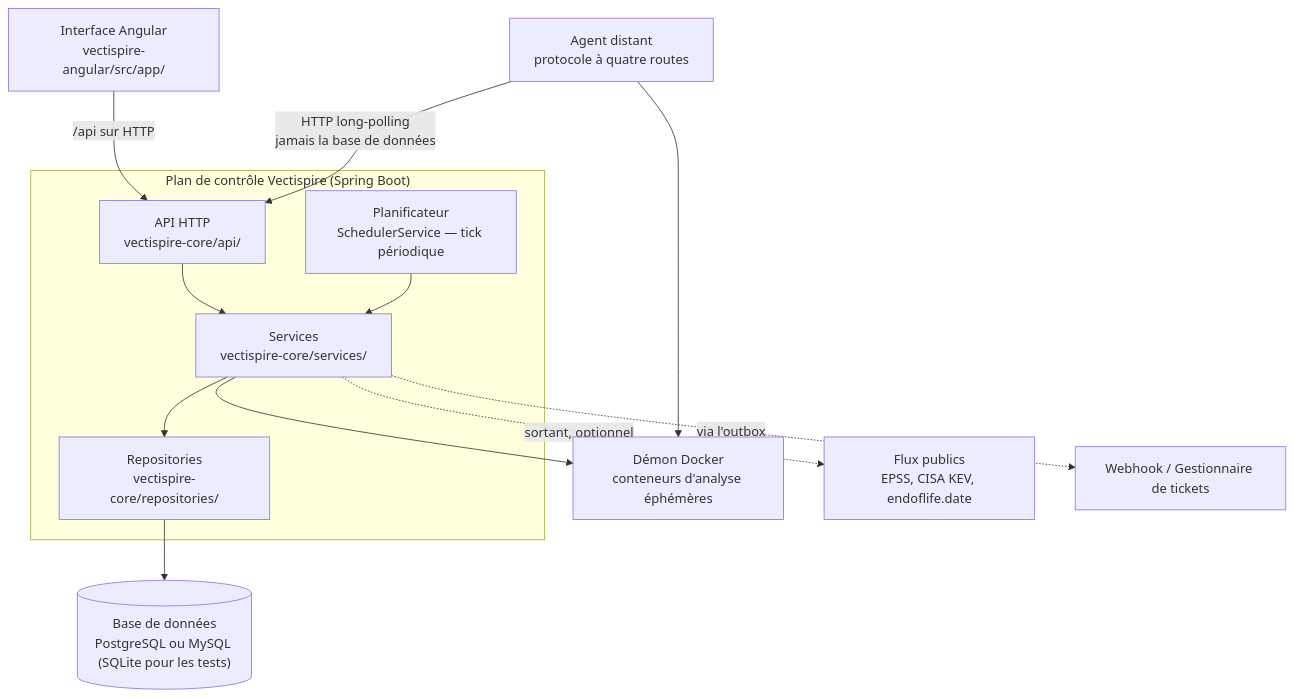
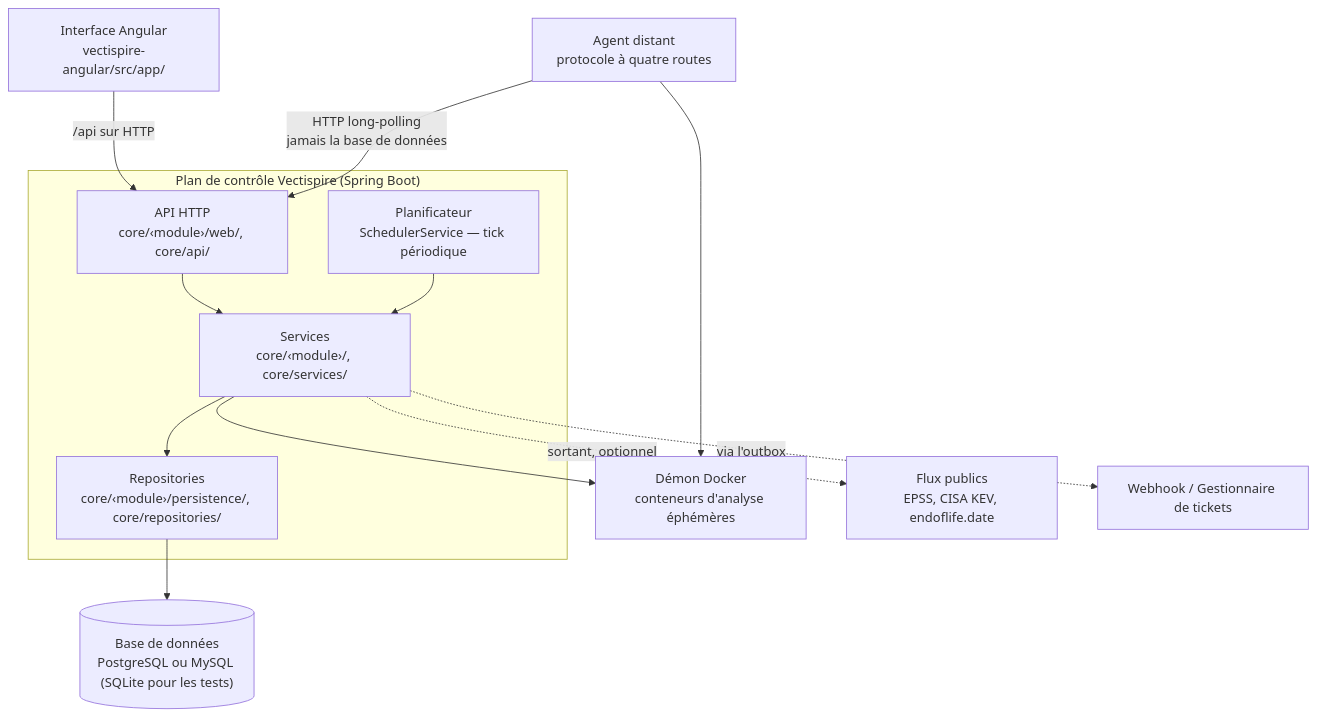
Before and after one commit to asmolabs/vectispire: the first of 2 diagrams in docs/architecture/fr/01-overview.md, drawn with Mermaid. The commit also changed other lines of this file and 11 other files, not shown here.

First line of the commit message:
docs(architecture): decision 0028 and the modularity after steps 3 and 4, in both languages

````diff
--- a/docs/architecture/fr/01-overview.md
+++ b/docs/architecture/fr/01-overview.md
@@ -43,27 +43,27 @@
 ```mermaid
 flowchart TB
     subgraph proc["Plan de contrôle Vectispire (Spring Boot)"]
-        API["API HTTP<br/>vectispire-core/api/"]
-        SVC["Services<br/>vectispire-core/services/"]
-        REPO["Repositories<br/>vectispire-core/repositories/"]
+        API["API HTTP<br/>core/‹module›/web/, core/api/"]
+        SVC["Services<br/>core/‹module›/, core/services/"]
+        REPO["Repositories<br/>core/‹module›/persistence/, core/repositories/"]
         SCHED["Planificateur<br/>SchedulerService — tick périodique"]
     end
 
     UI["Interface Angular<br/>vectispire-angular/src/app/"]
     DB[("Base de données<br/>PostgreSQL ou MySQL (SQLite pour les tests)")]
     DOCKER["Démon Docker<br/>conteneurs d'analyse éphémères"]
     AGENT["Agent distant<br/>protocole à quatre routes"]
     FEEDS["Flux publics<br/>EPSS, CISA KEV, endoflife.date"]
     HOOK["Webhook / Gestionnaire de tickets"]
 
     UI -->|"/api sur HTTP"| API
     API --> SVC
     SCHED --> SVC
     SVC --> REPO
     REPO --> DB
     SVC --> DOCKER
     SVC -.->|"sortant, optionnel"| FEEDS
     SVC -.->|"via l'outbox"| HOOK
     AGENT -->|"HTTP long-polling<br/>jamais la base de données"| API
     AGENT --> DOCKER
 ```
````
